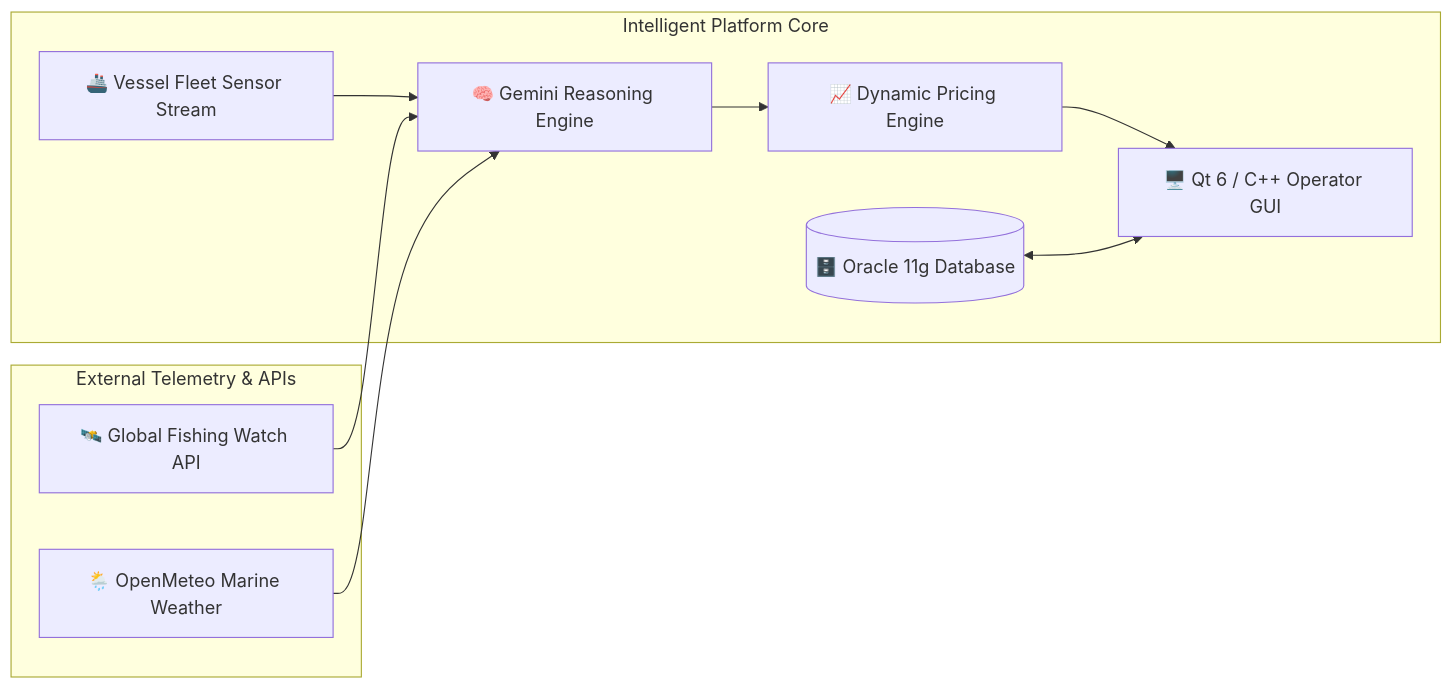
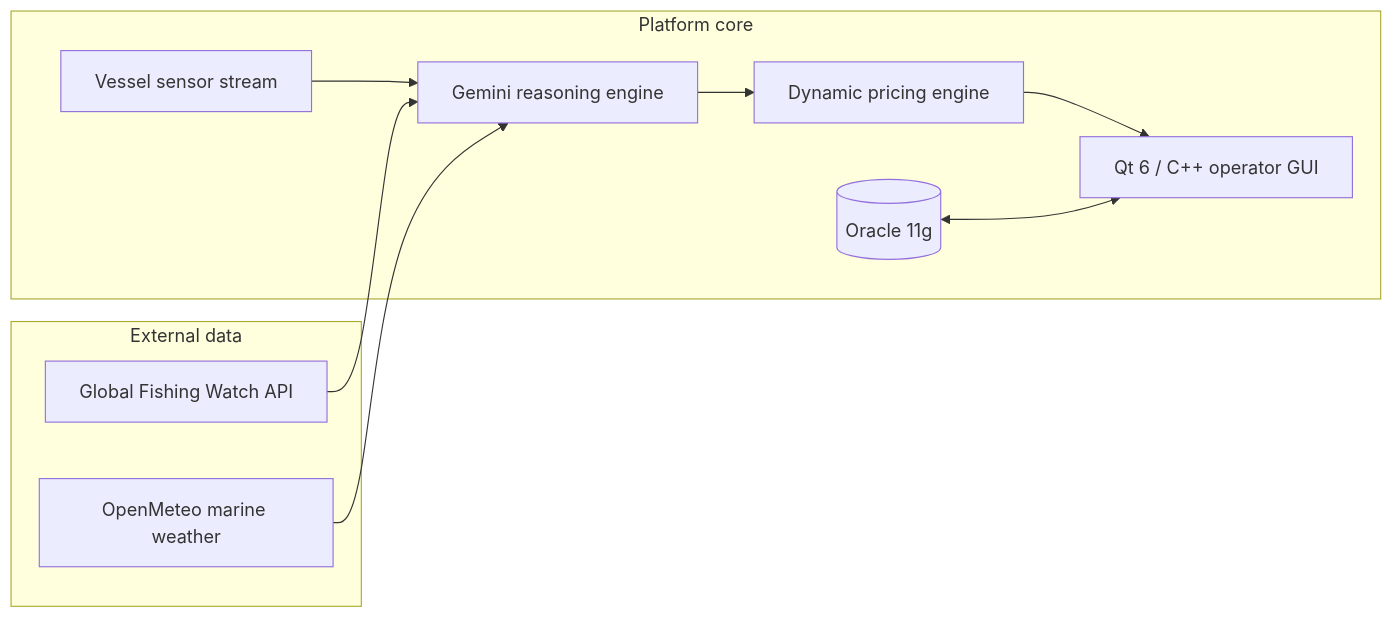
The diagram in README.md (emna-benothman/emna-benothman), drawn with Mermaid before and after one commit. The commit also changed other lines of this file, not shown here.

````diff
--- a/README.md
+++ b/README.md
@@ -154,15 +45,15 @@
 ```mermaid
 flowchart LR
-    subgraph External Telemetry & APIs
-        A[🛰️ Global Fishing Watch API]
-        B[🌦️ OpenMeteo Marine Weather]
+    subgraph ext [External data]
+        A[Global Fishing Watch API]
+        B[OpenMeteo marine weather]
     end
-    subgraph Intelligent Platform Core
-        C[🚢 Vessel Fleet Sensor Stream] --> D[🧠 Gemini Reasoning Engine]
+    subgraph core [Platform core]
+        C[Vessel sensor stream] --> D[Gemini reasoning engine]
         A --> D
         B --> D
-        D --> E[📈 Dynamic Pricing Engine]
-        E --> F[🖥️ Qt 6 / C++ Operator GUI]
-        G[(🗄️ Oracle 11g Database)] <--> F
+        D --> E[Dynamic pricing engine]
+        E --> F[Qt 6 / C++ operator GUI]
+        G[(Oracle 11g)] <--> F
     end
 ```
````
